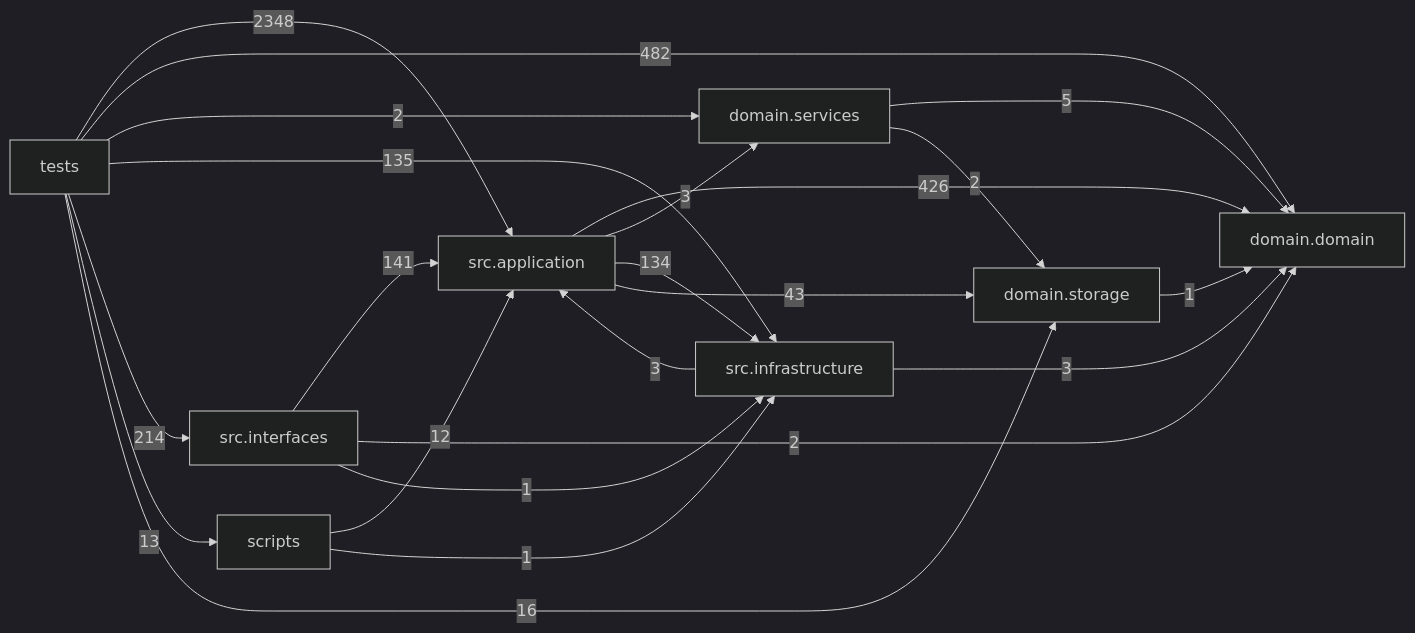
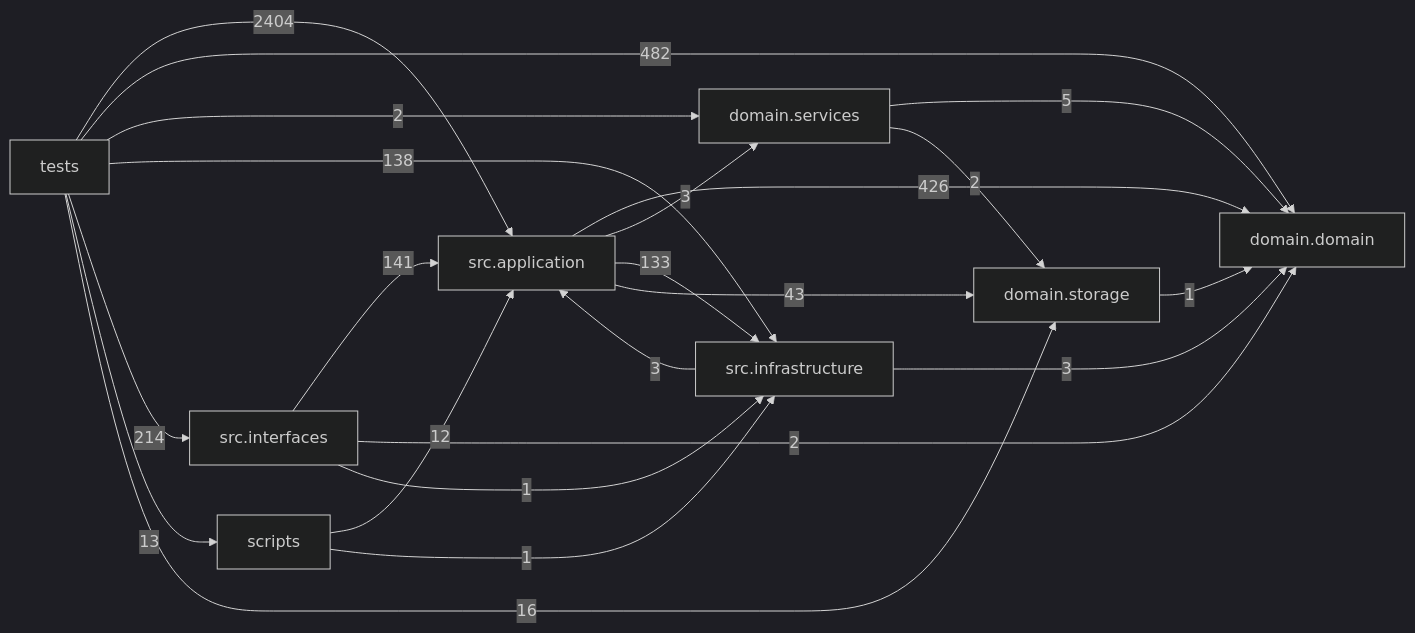
The diagram in docs/DEPENDENCY_GRAPH.md (liuxie066/options-monitor), drawn with Mermaid (dark theme) before and after one commit. The commit also changed other lines of this file and 31 other files, not shown here.

````diff
--- a/docs/DEPENDENCY_GRAPH.md
+++ b/docs/DEPENDENCY_GRAPH.md
@@ -24,32 +24,32 @@
 ```mermaid
 flowchart LR
   tests["tests"]
   scripts["scripts"]
   interfaces["src.interfaces"]
   application["src.application"]
   infrastructure["src.infrastructure"]
   domain_services["domain.services"]
   domain["domain.domain"]
   storage["domain.storage"]
   application -->|426| domain
   application -->|3| domain_services
-  application -->|134| infrastructure
+  application -->|133| infrastructure
   application -->|43| storage
   domain_services -->|5| domain
   domain_services -->|2| storage
   infrastructure -->|3| application
   infrastructure -->|3| domain
   interfaces -->|141| application
   interfaces -->|2| domain
   interfaces -->|1| infrastructure
   scripts -->|12| application
   scripts -->|1| infrastructure
   storage -->|1| domain
-  tests -->|2348| application
+  tests -->|2404| application
   tests -->|482| domain
   tests -->|2| domain_services
-  tests -->|135| infrastructure
+  tests -->|138| infrastructure
   tests -->|214| interfaces
   tests -->|13| scripts
   tests -->|16| storage
 ```
````
